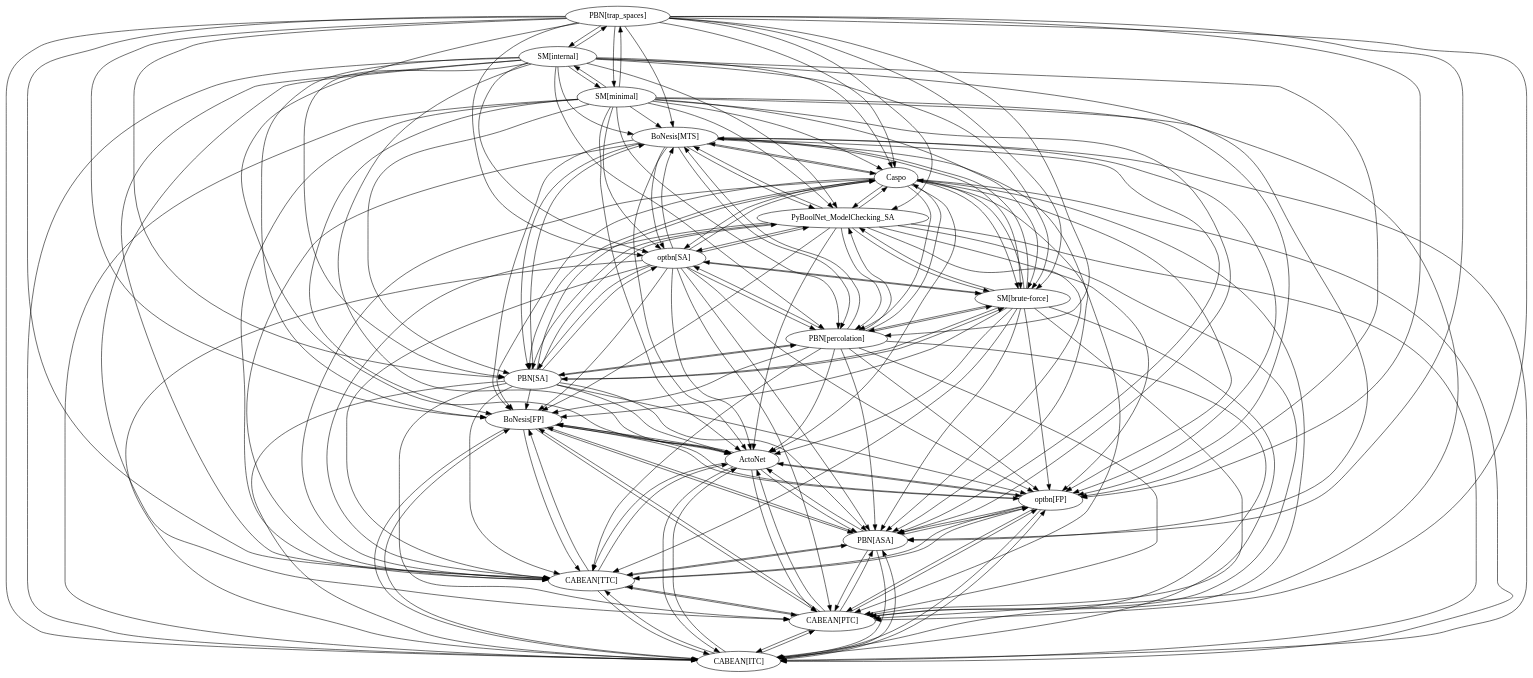
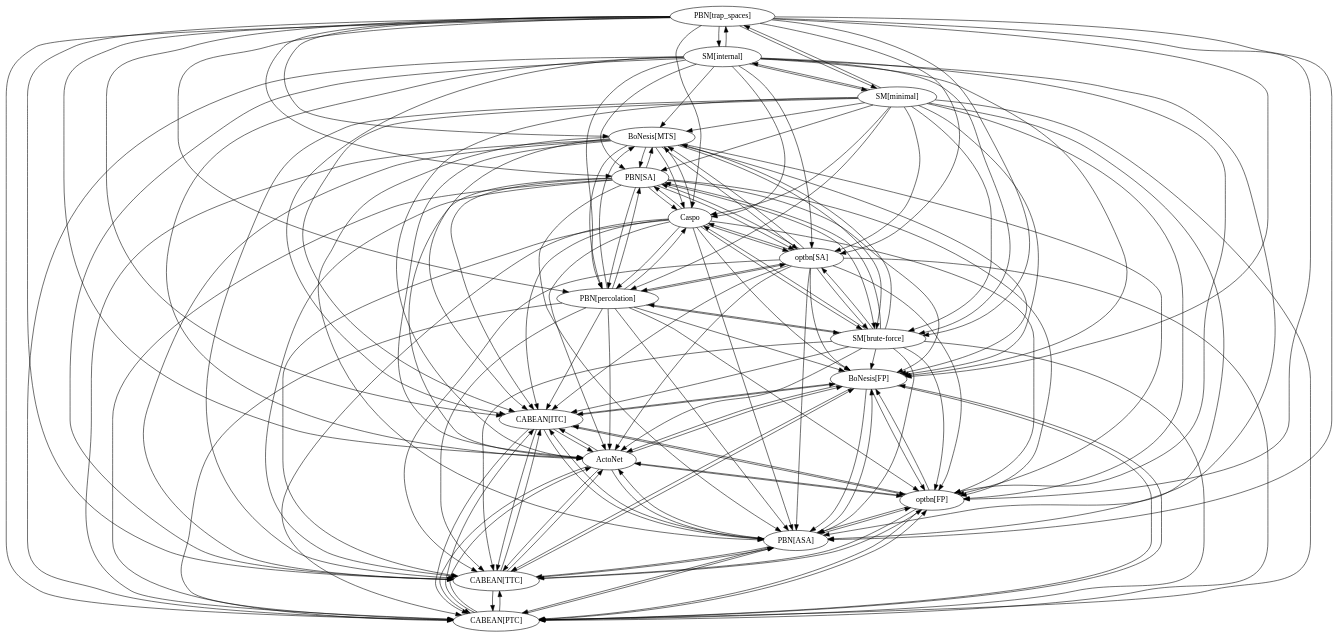
Before and after one commit to kalebmoon07/BN-control-taxonomy: the diagram in experiments/results/counterexamples/Tonello_1/_graph.dot, drawn with Graphviz. The commit also changed 29 other files, not shown here.

Commit message:
Score / graph update

```diff
--- a/experiments/results/counterexamples/Tonello_1/_graph.dot
+++ b/experiments/results/counterexamples/Tonello_1/_graph.dot
@@ -1,200 +1,177 @@
-strict digraph {
+digraph {
 "BoNesis[FP]";
-ActoNet;
 "BoNesis[MTS]";
 "CABEAN[ITC]";
 "CABEAN[PTC]";
 "CABEAN[TTC]";
-Caspo;
 "PBN[ASA]";
 "PBN[SA]";
 "PBN[percolation]";
 "PBN[trap_spaces]";
 "SM[brute-force]";
 "SM[internal]";
 "SM[minimal]";
 "optbn[FP]";
 "optbn[SA]";
-PyBoolNet_ModelChecking_SA;
-"BoNesis[FP]" -> ActoNet;
+ActoNet;
+Caspo;
 "BoNesis[FP]" -> "CABEAN[ITC]";
 "BoNesis[FP]" -> "CABEAN[PTC]";
 "BoNesis[FP]" -> "CABEAN[TTC]";
 "BoNesis[FP]" -> "PBN[ASA]";
 "BoNesis[FP]" -> "optbn[FP]";
+"BoNesis[FP]" -> ActoNet;
+"BoNesis[MTS]" -> "BoNesis[FP]";
+"BoNesis[MTS]" -> "CABEAN[ITC]";
+"BoNesis[MTS]" -> "CABEAN[PTC]";
+"BoNesis[MTS]" -> "CABEAN[TTC]";
+"BoNesis[MTS]" -> "PBN[ASA]";
+"BoNesis[MTS]" -> "PBN[SA]";
+"BoNesis[MTS]" -> "PBN[percolation]";
+"BoNesis[MTS]" -> "SM[brute-force]";
+"BoNesis[MTS]" -> "optbn[FP]";
+"BoNesis[MTS]" -> "optbn[SA]";
+"BoNesis[MTS]" -> ActoNet;
+"BoNesis[MTS]" -> Caspo;
+"CABEAN[ITC]" -> "BoNesis[FP]";
+"CABEAN[ITC]" -> "CABEAN[PTC]";
+"CABEAN[ITC]" -> "CABEAN[TTC]";
+"CABEAN[ITC]" -> "PBN[ASA]";
+"CABEAN[ITC]" -> "optbn[FP]";
+"CABEAN[ITC]" -> ActoNet;
+"CABEAN[PTC]" -> "BoNesis[FP]";
+"CABEAN[PTC]" -> "CABEAN[ITC]";
+"CABEAN[PTC]" -> "CABEAN[TTC]";
+"CABEAN[PTC]" -> "PBN[ASA]";
+"CABEAN[PTC]" -> "optbn[FP]";
+"CABEAN[PTC]" -> ActoNet;
+"CABEAN[TTC]" -> "BoNesis[FP]";
+"CABEAN[TTC]" -> "CABEAN[ITC]";
+"CABEAN[TTC]" -> "CABEAN[PTC]";
+"CABEAN[TTC]" -> "PBN[ASA]";
+"CABEAN[TTC]" -> "optbn[FP]";
+"CABEAN[TTC]" -> ActoNet;
+"PBN[ASA]" -> "BoNesis[FP]";
+"PBN[ASA]" -> "CABEAN[ITC]";
+"PBN[ASA]" -> "CABEAN[PTC]";
+"PBN[ASA]" -> "CABEAN[TTC]";
+"PBN[ASA]" -> "optbn[FP]";
+"PBN[ASA]" -> ActoNet;
+"PBN[SA]" -> "BoNesis[FP]";
+"PBN[SA]" -> "BoNesis[MTS]";
+"PBN[SA]" -> "CABEAN[ITC]";
+"PBN[SA]" -> "CABEAN[PTC]";
+"PBN[SA]" -> "CABEAN[TTC]";
+"PBN[SA]" -> "PBN[ASA]";
+"PBN[SA]" -> "PBN[percolation]";
+"PBN[SA]" -> "SM[brute-force]";
+"PBN[SA]" -> "optbn[FP]";
+"PBN[SA]" -> "optbn[SA]";
+"PBN[SA]" -> ActoNet;
+"PBN[SA]" -> Caspo;
+"PBN[percolation]" -> "BoNesis[FP]";
+"PBN[percolation]" -> "BoNesis[MTS]";
+"PBN[percolation]" -> "CABEAN[ITC]";
+"PBN[percolation]" -> "CABEAN[PTC]";
+"PBN[percolation]" -> "CABEAN[TTC]";
+"PBN[percolation]" -> "PBN[ASA]";
+"PBN[percolation]" -> "PBN[SA]";
+"PBN[percolation]" -> "SM[brute-force]";
+"PBN[percolation]" -> "optbn[FP]";
+"PBN[percolation]" -> "optbn[SA]";
+"PBN[percolation]" -> ActoNet;
+"PBN[percolation]" -> Caspo;
+"PBN[trap_spaces]" -> "BoNesis[FP]";
+"PBN[trap_spaces]" -> "BoNesis[MTS]";
+"PBN[trap_spaces]" -> "CABEAN[ITC]";
+"PBN[trap_spaces]" -> "CABEAN[PTC]";
+"PBN[trap_spaces]" -> "CABEAN[TTC]";
+"PBN[trap_spaces]" -> "PBN[ASA]";
+"PBN[trap_spaces]" -> "PBN[SA]";
+"PBN[trap_spaces]" -> "PBN[percolation]";
+"PBN[trap_spaces]" -> "SM[brute-force]";
+"PBN[trap_spaces]" -> "SM[internal]";
+"PBN[trap_spaces]" -> "SM[minimal]";
+"PBN[trap_spaces]" -> "optbn[FP]";
+"PBN[trap_spaces]" -> "optbn[SA]";
+"PBN[trap_spaces]" -> ActoNet;
+"PBN[trap_spaces]" -> Caspo;
+"SM[brute-force]" -> "BoNesis[FP]";
+"SM[brute-force]" -> "BoNesis[MTS]";
+"SM[brute-force]" -> "CABEAN[ITC]";
+"SM[brute-force]" -> "CABEAN[PTC]";
+"SM[brute-force]" -> "CABEAN[TTC]";
+"SM[brute-force]" -> "PBN[ASA]";
+"SM[brute-force]" -> "PBN[SA]";
+"SM[brute-force]" -> "PBN[percolation]";
+"SM[brute-force]" -> "optbn[FP]";
+"SM[brute-force]" -> "optbn[SA]";
+"SM[brute-force]" -> ActoNet;
+"SM[brute-force]" -> Caspo;
+"SM[internal]" -> "BoNesis[FP]";
+"SM[internal]" -> "BoNesis[MTS]";
+"SM[internal]" -> "CABEAN[ITC]";
+"SM[internal]" -> "CABEAN[PTC]";
+"SM[internal]" -> "CABEAN[TTC]";
+"SM[internal]" -> "PBN[ASA]";
+"SM[internal]" -> "PBN[SA]";
+"SM[internal]" -> "PBN[percolation]";
+"SM[internal]" -> "PBN[trap_spaces]";
+"SM[internal]" -> "SM[brute-force]";
+"SM[internal]" -> "SM[minimal]";
+"SM[internal]" -> "optbn[FP]";
+"SM[internal]" -> "optbn[SA]";
+"SM[internal]" -> ActoNet;
+"SM[internal]" -> Caspo;
+"SM[minimal]" -> "BoNesis[FP]";
+"SM[minimal]" -> "BoNesis[MTS]";
+"SM[minimal]" -> "CABEAN[ITC]";
+"SM[minimal]" -> "CABEAN[PTC]";
+"SM[minimal]" -> "CABEAN[TTC]";
+"SM[minimal]" -> "PBN[ASA]";
+"SM[minimal]" -> "PBN[SA]";
+"SM[minimal]" -> "PBN[percolation]";
+"SM[minimal]" -> "PBN[trap_spaces]";
+"SM[minimal]" -> "SM[brute-force]";
+"SM[minimal]" -> "SM[internal]";
+"SM[minimal]" -> "optbn[FP]";
+"SM[minimal]" -> "optbn[SA]";
+"SM[minimal]" -> ActoNet;
+"SM[minimal]" -> Caspo;
+"optbn[FP]" -> "BoNesis[FP]";
+"optbn[FP]" -> "CABEAN[ITC]";
+"optbn[FP]" -> "CABEAN[PTC]";
+"optbn[FP]" -> "CABEAN[TTC]";
+"optbn[FP]" -> "PBN[ASA]";
+"optbn[FP]" -> ActoNet;
+"optbn[SA]" -> "BoNesis[FP]";
+"optbn[SA]" -> "BoNesis[MTS]";
+"optbn[SA]" -> "CABEAN[ITC]";
+"optbn[SA]" -> "CABEAN[PTC]";
+"optbn[SA]" -> "CABEAN[TTC]";
+"optbn[SA]" -> "PBN[ASA]";
+"optbn[SA]" -> "PBN[SA]";
+"optbn[SA]" -> "PBN[percolation]";
+"optbn[SA]" -> "SM[brute-force]";
+"optbn[SA]" -> "optbn[FP]";
+"optbn[SA]" -> ActoNet;
+"optbn[SA]" -> Caspo;
 ActoNet -> "BoNesis[FP]";
 ActoNet -> "CABEAN[ITC]";
 ActoNet -> "CABEAN[PTC]";
 ActoNet -> "CABEAN[TTC]";
 ActoNet -> "PBN[ASA]";
 ActoNet -> "optbn[FP]";
-"BoNesis[MTS]" -> ActoNet;
-"BoNesis[MTS]" -> "BoNesis[FP]";
-"BoNesis[MTS]" -> "CABEAN[ITC]";
-"BoNesis[MTS]" -> "CABEAN[PTC]";
-"BoNesis[MTS]" -> "CABEAN[TTC]";
-"BoNesis[MTS]" -> Caspo;
-"BoNesis[MTS]" -> "PBN[ASA]";
-"BoNesis[MTS]" -> "PBN[SA]";
-"BoNesis[MTS]" -> "PBN[percolation]";
-"BoNesis[MTS]" -> "SM[brute-force]";
-"BoNesis[MTS]" -> "optbn[FP]";
-"BoNesis[MTS]" -> "optbn[SA]";
-"BoNesis[MTS]" -> PyBoolNet_ModelChecking_SA;
-"CABEAN[ITC]" -> ActoNet;
-"CABEAN[ITC]" -> "BoNesis[FP]";
-"CABEAN[ITC]" -> "CABEAN[PTC]";
-"CABEAN[ITC]" -> "CABEAN[TTC]";
-"CABEAN[ITC]" -> "PBN[ASA]";
-"CABEAN[ITC]" -> "optbn[FP]";
-"CABEAN[PTC]" -> ActoNet;
-"CABEAN[PTC]" -> "BoNesis[FP]";
-"CABEAN[PTC]" -> "CABEAN[ITC]";
-"CABEAN[PTC]" -> "CABEAN[TTC]";
-"CABEAN[PTC]" -> "PBN[ASA]";
-"CABEAN[PTC]" -> "optbn[FP]";
-"CABEAN[TTC]" -> ActoNet;
-"CABEAN[TTC]" -> "BoNesis[FP]";
-"CABEAN[TTC]" -> "CABEAN[ITC]";
-"CABEAN[TTC]" -> "CABEAN[PTC]";
-"CABEAN[TTC]" -> "PBN[ASA]";
-"CABEAN[TTC]" -> "optbn[FP]";
-Caspo -> ActoNet;
 Caspo -> "BoNesis[FP]";
 Caspo -> "BoNesis[MTS]";
 Caspo -> "CABEAN[ITC]";
 Caspo -> "CABEAN[PTC]";
 Caspo -> "CABEAN[TTC]";
 Caspo -> "PBN[ASA]";
 Caspo -> "PBN[SA]";
 Caspo -> "PBN[percolation]";
 Caspo -> "SM[brute-force]";
 Caspo -> "optbn[FP]";
 Caspo -> "optbn[SA]";
-Caspo -> PyBoolNet_ModelChecking_SA;
-"PBN[ASA]" -> ActoNet;
-"PBN[ASA]" -> "BoNesis[FP]";
-"PBN[ASA]" -> "CABEAN[ITC]";
-"PBN[ASA]" -> "CABEAN[PTC]";
-"PBN[ASA]" -> "CABEAN[TTC]";
-"PBN[ASA]" -> "optbn[FP]";
-"PBN[SA]" -> ActoNet;
-"PBN[SA]" -> "BoNesis[FP]";
-"PBN[SA]" -> "BoNesis[MTS]";
-"PBN[SA]" -> "CABEAN[ITC]";
-"PBN[SA]" -> "CABEAN[PTC]";
-"PBN[SA]" -> "CABEAN[TTC]";
-"PBN[SA]" -> Caspo;
-"PBN[SA]" -> "PBN[ASA]";
-"PBN[SA]" -> "PBN[percolation]";
-"PBN[SA]" -> "SM[brute-force]";
-"PBN[SA]" -> "optbn[FP]";
-"PBN[SA]" -> "optbn[SA]";
-"PBN[SA]" -> PyBoolNet_ModelChecking_SA;
-"PBN[percolation]" -> ActoNet;
-"PBN[percolation]" -> "BoNesis[FP]";
-"PBN[percolation]" -> "BoNesis[MTS]";
-"PBN[percolation]" -> "CABEAN[ITC]";
-"PBN[percolation]" -> "CABEAN[PTC]";
-"PBN[percolation]" -> "CABEAN[TTC]";
-"PBN[percolation]" -> Caspo;
-"PBN[percolation]" -> "PBN[ASA]";
-"PBN[percolation]" -> "PBN[SA]";
-"PBN[percolation]" -> "SM[brute-force]";
-"PBN[percolation]" -> "optbn[FP]";
-"PBN[percolation]" -> "optbn[SA]";
-"PBN[percolation]" -> PyBoolNet_ModelChecking_SA;
-"PBN[trap_spaces]" -> ActoNet;
-"PBN[trap_spaces]" -> "BoNesis[FP]";
-"PBN[trap_spaces]" -> "BoNesis[MTS]";
-"PBN[trap_spaces]" -> "CABEAN[ITC]";
-"PBN[trap_spaces]" -> "CABEAN[PTC]";
-"PBN[trap_spaces]" -> "CABEAN[TTC]";
-"PBN[trap_spaces]" -> Caspo;
-"PBN[trap_spaces]" -> "PBN[ASA]";
-"PBN[trap_spaces]" -> "PBN[SA]";
-"PBN[trap_spaces]" -> "PBN[percolation]";
-"PBN[trap_spaces]" -> "SM[brute-force]";
-"PBN[trap_spaces]" -> "SM[internal]";
-"PBN[trap_spaces]" -> "SM[minimal]";
-"PBN[trap_spaces]" -> "optbn[FP]";
-"PBN[trap_spaces]" -> "optbn[SA]";
-"PBN[trap_spaces]" -> PyBoolNet_ModelChecking_SA;
-"SM[brute-force]" -> ActoNet;
-"SM[brute-force]" -> "BoNesis[FP]";
-"SM[brute-force]" -> "BoNesis[MTS]";
-"SM[brute-force]" -> "CABEAN[ITC]";
-"SM[brute-force]" -> "CABEAN[PTC]";
-"SM[brute-force]" -> "CABEAN[TTC]";
-"SM[brute-force]" -> Caspo;
-"SM[brute-force]" -> "PBN[ASA]";
-"SM[brute-force]" -> "PBN[SA]";
-"SM[brute-force]" -> "PBN[percolation]";
-"SM[brute-force]" -> "optbn[FP]";
-"SM[brute-force]" -> "optbn[SA]";
-"SM[brute-force]" -> PyBoolNet_ModelChecking_SA;
-"SM[internal]" -> ActoNet;
-"SM[internal]" -> "BoNesis[FP]";
-"SM[internal]" -> "BoNesis[MTS]";
-"SM[internal]" -> "CABEAN[ITC]";
-"SM[internal]" -> "CABEAN[PTC]";
-"SM[internal]" -> "CABEAN[TTC]";
-"SM[internal]" -> Caspo;
-"SM[internal]" -> "PBN[ASA]";
-"SM[internal]" -> "PBN[SA]";
-"SM[internal]" -> "PBN[percolation]";
-"SM[internal]" -> "PBN[trap_spaces]";
-"SM[internal]" -> "SM[brute-force]";
-"SM[internal]" -> "SM[minimal]";
-"SM[internal]" -> "optbn[FP]";
-"SM[internal]" -> "optbn[SA]";
-"SM[internal]" -> PyBoolNet_ModelChecking_SA;
-"SM[minimal]" -> ActoNet;
-"SM[minimal]" -> "BoNesis[FP]";
-"SM[minimal]" -> "BoNesis[MTS]";
-"SM[minimal]" -> "CABEAN[ITC]";
-"SM[minimal]" -> "CABEAN[PTC]";
-"SM[minimal]" -> "CABEAN[TTC]";
-"SM[minimal]" -> Caspo;
-"SM[minimal]" -> "PBN[ASA]";
-"SM[minimal]" -> "PBN[SA]";
-"SM[minimal]" -> "PBN[percolation]";
-"SM[minimal]" -> "PBN[trap_spaces]";
-"SM[minimal]" -> "SM[brute-force]";
-"SM[minimal]" -> "SM[internal]";
-"SM[minimal]" -> "optbn[FP]";
-"SM[minimal]" -> "optbn[SA]";
-"SM[minimal]" -> PyBoolNet_ModelChecking_SA;
-"optbn[FP]" -> ActoNet;
-"optbn[FP]" -> "BoNesis[FP]";
-"optbn[FP]" -> "CABEAN[ITC]";
-"optbn[FP]" -> "CABEAN[PTC]";
-"optbn[FP]" -> "CABEAN[TTC]";
-"optbn[FP]" -> "PBN[ASA]";
-"optbn[SA]" -> ActoNet;
-"optbn[SA]" -> "BoNesis[FP]";
-"optbn[SA]" -> "BoNesis[MTS]";
-"optbn[SA]" -> "CABEAN[ITC]";
-"optbn[SA]" -> "CABEAN[PTC]";
-"optbn[SA]" -> "CABEAN[TTC]";
-"optbn[SA]" -> Caspo;
-"optbn[SA]" -> "PBN[ASA]";
-"optbn[SA]" -> "PBN[SA]";
-"optbn[SA]" -> "PBN[percolation]";
-"optbn[SA]" -> "SM[brute-force]";
-"optbn[SA]" -> "optbn[FP]";
-"optbn[SA]" -> PyBoolNet_ModelChecking_SA;
-PyBoolNet_ModelChecking_SA -> ActoNet;
-PyBoolNet_ModelChecking_SA -> "BoNesis[FP]";
-PyBoolNet_ModelChecking_SA -> "BoNesis[MTS]";
-PyBoolNet_ModelChecking_SA -> "CABEAN[ITC]";
-PyBoolNet_ModelChecking_SA -> "CABEAN[PTC]";
-PyBoolNet_ModelChecking_SA -> "CABEAN[TTC]";
-PyBoolNet_ModelChecking_SA -> Caspo;
-PyBoolNet_ModelChecking_SA -> "PBN[ASA]";
-PyBoolNet_ModelChecking_SA -> "PBN[SA]";
-PyBoolNet_ModelChecking_SA -> "PBN[percolation]";
-PyBoolNet_ModelChecking_SA -> "SM[brute-force]";
-PyBoolNet_ModelChecking_SA -> "optbn[FP]";
-PyBoolNet_ModelChecking_SA -> "optbn[SA]";
+Caspo -> ActoNet;
 }
```
